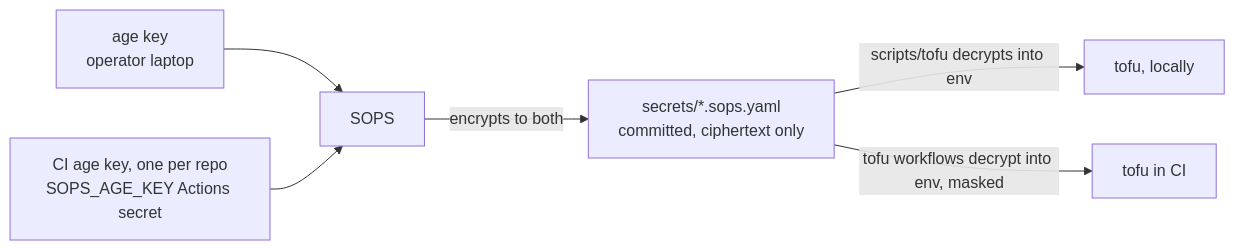
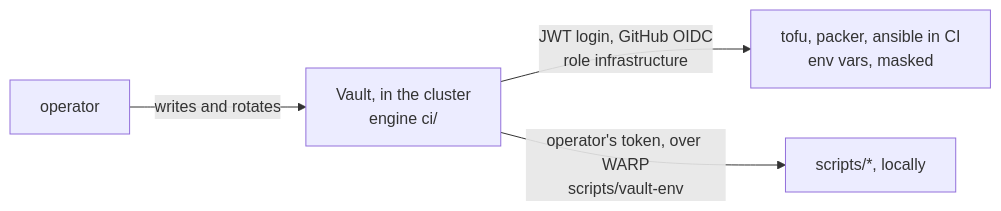
One commit to 0xc0-homelab/infrastructure changed the seventh of 7 diagrams in docs/architecture.md. Above: the diagram before and after it, drawn with Mermaid. The commit also changed other lines of this file and 32 other files, not shown here.

First line of the commit message:
feat!: read the ci's secrets from vault, not sops (#151)

````diff
--- a/docs/architecture.md
+++ b/docs/architecture.md
@@ -246,8 +246,6 @@
 ```mermaid
 flowchart LR
-  key["age key<br/>operator laptop"] --> sops["SOPS"]
-  cikey["CI age key, one per repo<br/>SOPS_AGE_KEY Actions secret"] --> sops
-  sops -- "encrypts to both" --> file["secrets/*.sops.yaml<br/>committed, ciphertext only"]
-  file -- "scripts/tofu decrypts into env" --> tofu["tofu, locally"]
-  file -- "tofu workflows decrypt into env, masked" --> ci["tofu in CI"]
+  vault["Vault, in the cluster<br/>engine ci/"] -- "JWT login, GitHub OIDC<br/>role infrastructure" --> ci["tofu, packer, ansible in CI<br/>env vars, masked"]
+  vault -- "operator's token, over WARP<br/>scripts/vault-env" --> local["scripts/*, locally"]
+  op["operator"] -- "writes and rotates" --> vault
 ```
````
